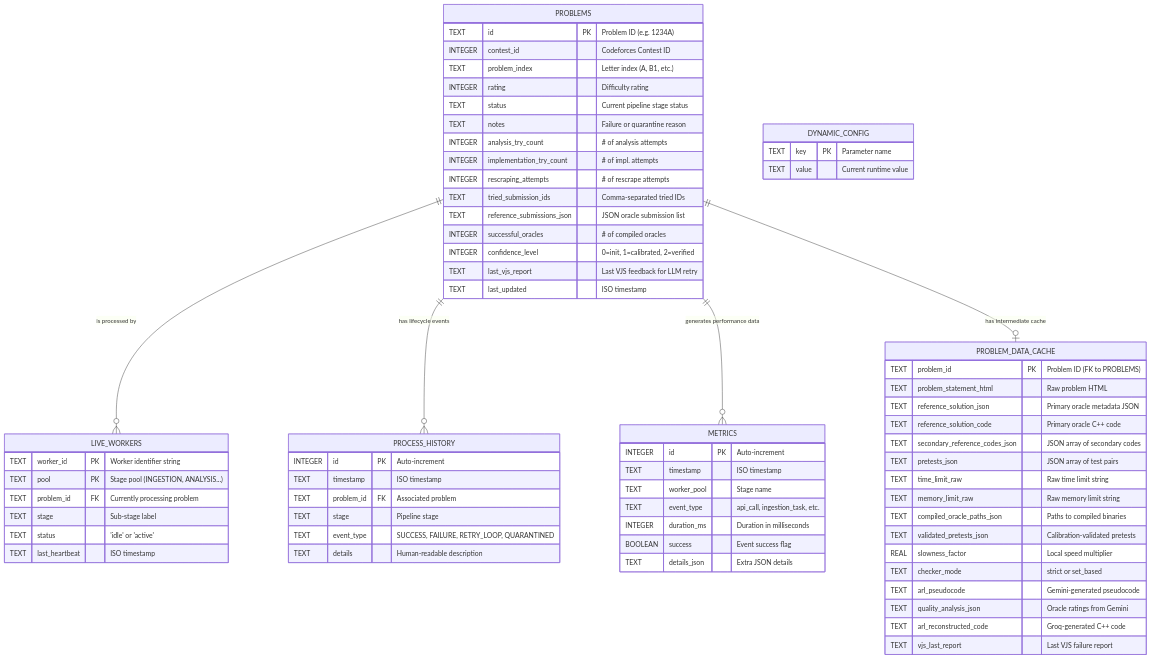
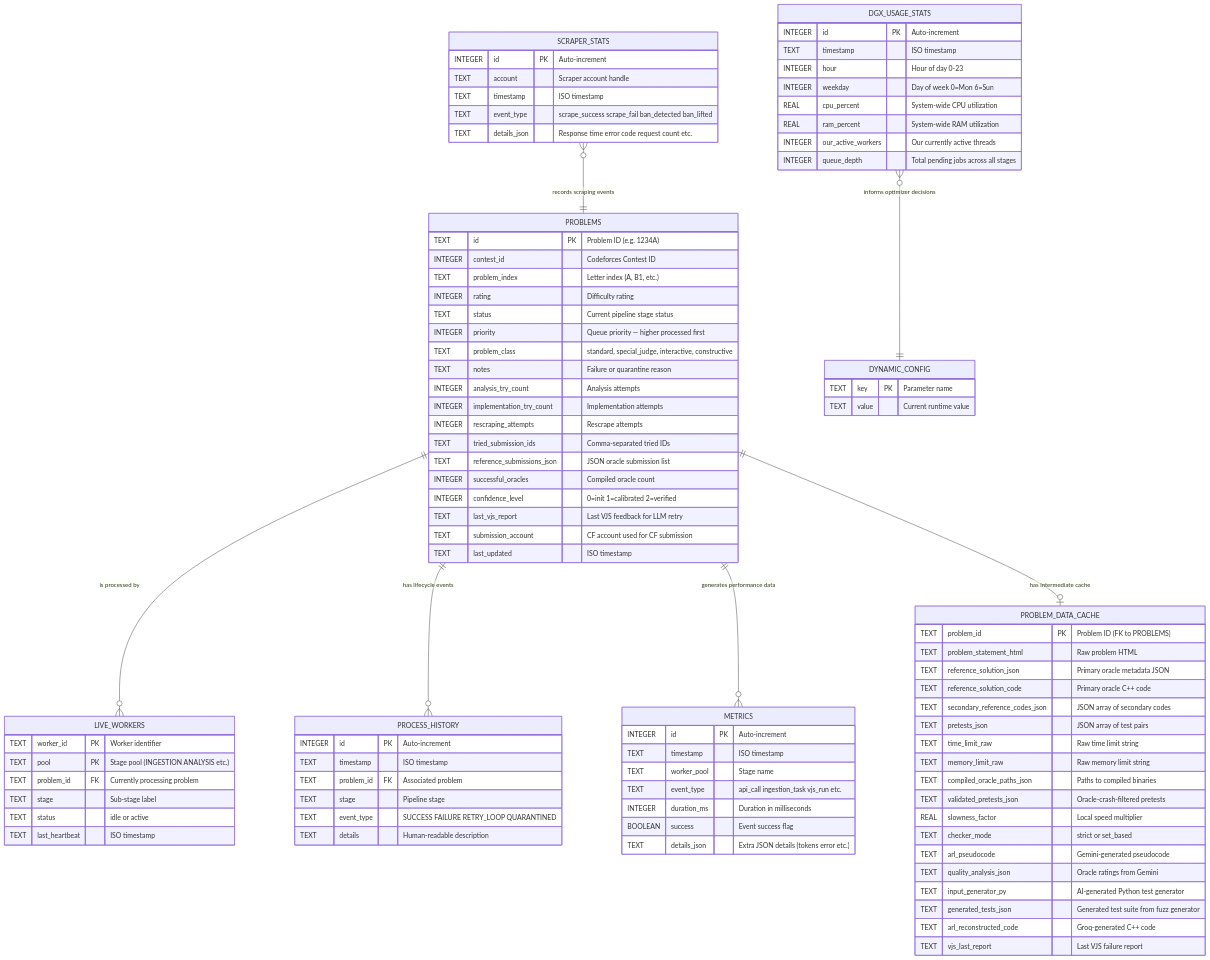
One commit to Axe-08/Synapse changed the diagram in Documents/Diagrams/Mermaid/02_ERD.md. Above: the diagram before and after it, drawn with Mermaid. The commit also changed other lines of this file and 17 other files, not shown here.

First line of the commit message:
docs: v2 architecture — SRS v2, TestPlan, diagrams, Architecture overview

````diff
--- a/Documents/Diagrams/Mermaid/02_ERD.md
+++ b/Documents/Diagrams/Mermaid/02_ERD.md
@@ -10,7 +11,7 @@
 erDiagram
 
     %% ============================
-    %% progress.db Entities
+    %% progress schema Entities
     %% ============================
 
     PROBLEMS {
@@ -19,24 +20,27 @@
         TEXT problem_index "Letter index (A, B1, etc.)"
         INTEGER rating "Difficulty rating"
         TEXT status "Current pipeline stage status"
+        INTEGER priority "Queue priority — higher processed first"
+        TEXT problem_class "standard, special_judge, interactive, constructive"
         TEXT notes "Failure or quarantine reason"
-        INTEGER analysis_try_count "# of analysis attempts"
-        INTEGER implementation_try_count "# of impl. attempts"
-        INTEGER rescraping_attempts "# of rescrape attempts"
+        INTEGER analysis_try_count "Analysis attempts"
+        INTEGER implementation_try_count "Implementation attempts"
+        INTEGER rescraping_attempts "Rescrape attempts"
         TEXT tried_submission_ids "Comma-separated tried IDs"
         TEXT reference_submissions_json "JSON oracle submission list"
-        INTEGER successful_oracles "# of compiled oracles"
-        INTEGER confidence_level "0=init, 1=calibrated, 2=verified"
+        INTEGER successful_oracles "Compiled oracle count"
+        INTEGER confidence_level "0=init 1=calibrated 2=verified"
         TEXT last_vjs_report "Last VJS feedback for LLM retry"
+        TEXT submission_account "CF account used for CF submission"
         TEXT last_updated "ISO timestamp"
     }
 
     LIVE_WORKERS {
-        TEXT worker_id PK "Worker identifier string"
-        TEXT pool PK "Stage pool (INGESTION, ANALYSIS...)"
+        TEXT worker_id PK "Worker identifier"
+        TEXT pool PK "Stage pool (INGESTION ANALYSIS etc.)"
         TEXT problem_id FK "Currently processing problem"
         TEXT stage "Sub-stage label"
-        TEXT status "'idle' or 'active'"
+        TEXT status "idle or active"
         TEXT last_heartbeat "ISO timestamp"
     }
 
@@ -44,10 +48,10 @@
         INTEGER id PK "Auto-increment"
         TEXT timestamp "ISO timestamp"
         TEXT worker_pool "Stage name"
-        TEXT event_type "api_call, ingestion_task, etc."
+        TEXT event_type "api_call ingestion_task vjs_run etc."
         INTEGER duration_ms "Duration in milliseconds"
         BOOLEAN success "Event success flag"
-        TEXT details_json "Extra JSON details"
+        TEXT details_json "Extra JSON details (tokens error etc.)"
     }
 
     PROCESS_HISTORY {
@@ -55,7 +59,7 @@
         TEXT timestamp "ISO timestamp"
         TEXT problem_id FK "Associated problem"
         TEXT stage "Pipeline stage"
-        TEXT event_type "SUCCESS, FAILURE, RETRY_LOOP, QUARANTINED"
+        TEXT event_type "SUCCESS FAILURE RETRY_LOOP QUARANTINED"
         TEXT details "Human-readable description"
     }
 
@@ -64,8 +68,27 @@
         TEXT value "Current runtime value"
     }
 
+    SCRAPER_STATS {
+        INTEGER id PK "Auto-increment"
+        TEXT account "Scraper account handle"
+        TEXT timestamp "ISO timestamp"
+        TEXT event_type "scrape_success scrape_fail ban_detected ban_lifted"
+        TEXT details_json "Response time error code request count etc."
+    }
+
+    DGX_USAGE_STATS {
+        INTEGER id PK "Auto-increment"
+        TEXT timestamp "ISO timestamp"
+        INTEGER hour "Hour of day 0-23"
+        INTEGER weekday "Day of week 0=Mon 6=Sun"
+        REAL cpu_percent "System-wide CPU utilization"
+        REAL ram_percent "System-wide RAM utilization"
+        INTEGER our_active_workers "Our currently active threads"
+        INTEGER queue_depth "Total pending jobs across all stages"
+    }
+
     %% ============================
-    %% workspace.db Entities
+    %% workspace schema Entities
     %% ============================
 
     PROBLEM_DATA_CACHE {
@@ -78,11 +101,13 @@
         TEXT time_limit_raw "Raw time limit string"
         TEXT memory_limit_raw "Raw memory limit string"
         TEXT compiled_oracle_paths_json "Paths to compiled binaries"
-        TEXT validated_pretests_json "Calibration-validated pretests"
+        TEXT validated_pretests_json "Oracle-crash-filtered pretests"
         REAL slowness_factor "Local speed multiplier"
         TEXT checker_mode "strict or set_based"
         TEXT arl_pseudocode "Gemini-generated pseudocode"
         TEXT quality_analysis_json "Oracle ratings from Gemini"
+        TEXT input_generator_py "AI-generated Python test generator"
+        TEXT generated_tests_json "Generated test suite from fuzz generator"
         TEXT arl_reconstructed_code "Groq-generated C++ code"
         TEXT vjs_last_report "Last VJS failure report"
     }
@@ -95,4 +120,6 @@
     PROBLEMS ||--o{ PROCESS_HISTORY : "has lifecycle events"
     PROBLEMS ||--o{ METRICS : "generates performance data"
     PROBLEMS ||--o| PROBLEM_DATA_CACHE : "has intermediate cache"
+    SCRAPER_STATS }o--|| PROBLEMS : "records scraping events"
+    DGX_USAGE_STATS }o--|| DYNAMIC_CONFIG : "informs optimizer decisions"
 ```
````
